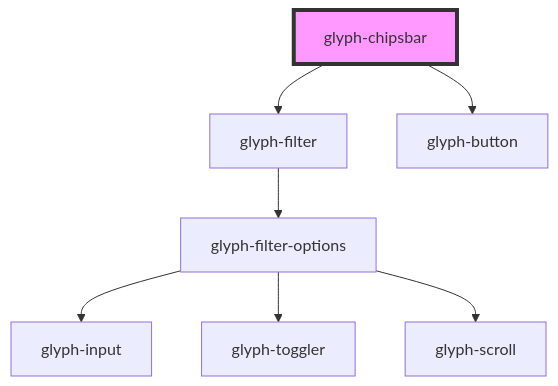
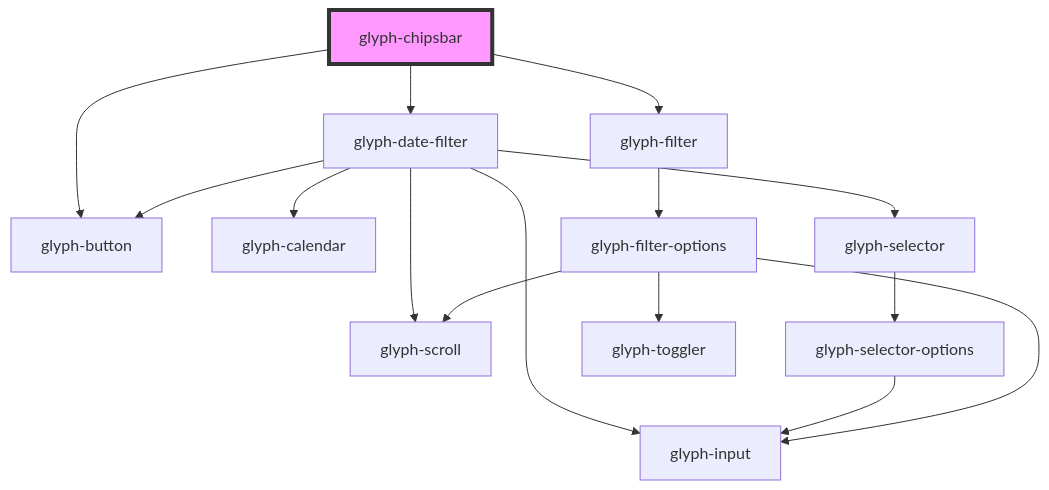
One commit to adrianiy/synth-ui changed the diagram in packages/glyph-components/src/components/chipsbar/readme.md. Above: the diagram before and after it, drawn with Mermaid. The commit also changed other lines of this file and 11 other files, not shown here.

Commit message:
chore: add date filter example in chipsbar

````diff
--- a/packages/glyph-components/src/components/chipsbar/readme.md
+++ b/packages/glyph-components/src/components/chipsbar/readme.md
@@ -35,10 +36,18 @@
 ```mermaid
 graph TD;
+  glyph-chipsbar --> glyph-date-filter
   glyph-chipsbar --> glyph-filter
   glyph-chipsbar --> glyph-button
+  glyph-date-filter --> glyph-scroll
+  glyph-date-filter --> glyph-calendar
+  glyph-date-filter --> glyph-selector
+  glyph-date-filter --> glyph-input
+  glyph-date-filter --> glyph-button
+  glyph-selector --> glyph-selector-options
+  glyph-selector-options --> glyph-input
   glyph-filter --> glyph-filter-options
   glyph-filter-options --> glyph-input
   glyph-filter-options --> glyph-toggler
   glyph-filter-options --> glyph-scroll
   style glyph-chipsbar fill:#f9f,stroke:#333,stroke-width:4px
 ```
````
